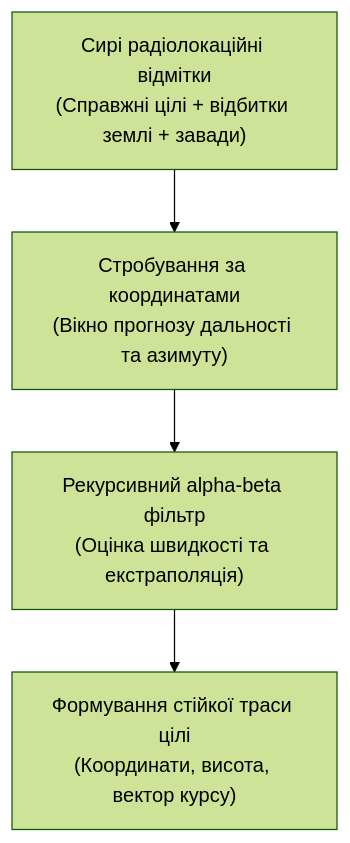
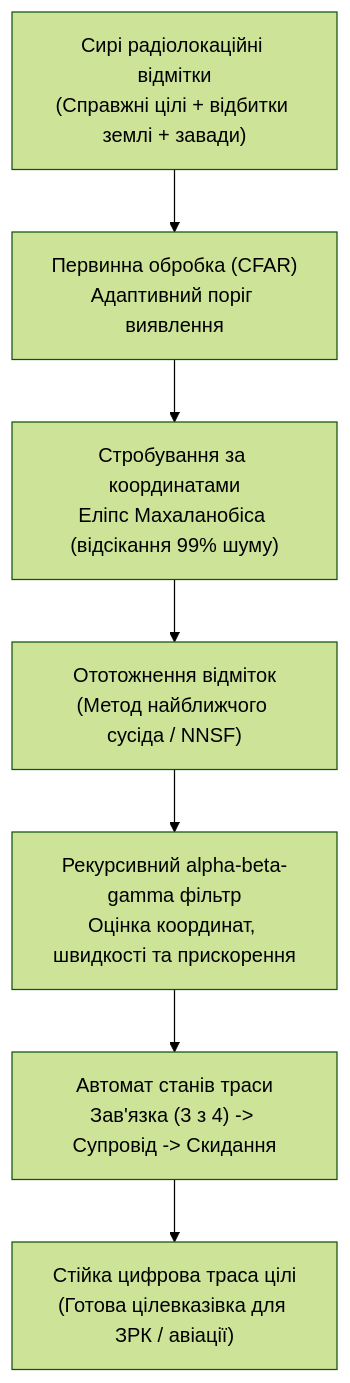
One commit to nick-fedchik/articles changed the second of 5 diagrams in MilTech/Ukrainian-Military-Cybernetics-School-UA.md. Above: the diagram before and after it, drawn with Mermaid (forest theme). The commit also changed other lines of this file, not shown here.

Commit message:
feat(miltech): expand section 2 on radar strobing, alpha-beta-gamma filtering, and track lifecycle algorithms

````diff
--- a/MilTech/Ukrainian-Military-Cybernetics-School-UA.md
+++ b/MilTech/Ukrainian-Military-Cybernetics-School-UA.md
@@ -55,6 +55,9 @@
 ```mermaid
 graph TD
-    RawHits["Сирі радіолокаційні відмітки\n(Справжні цілі + відбитки землі + завади)"] --> Strobe["Стробування за координатами\n(Вікно прогнозу дальності та азимуту)"]
-    Strobe --> Filter["Рекурсивний alpha-beta фільтр\n(Оцінка швидкості та екстраполяція)"]
-    Filter --> Track["Формування стійкої траси цілі\n(Координати, висота, вектор курсу)"]
+    RawHits["Сирі радіолокаційні відмітки\n(Справжні цілі + відбитки землі + завади)"] --> CFAR["Первинна обробка (CFAR)\nАдаптивний поріг виявлення"]
+    CFAR --> Strobe["Стробування за координатами\nЕліпс Махаланобіса (відсікання 99% шуму)"]
+    Strobe --> DataAssoc["Ототожнення відміток\n(Метод найближчого сусіда / NNSF)"]
+    DataAssoc --> Filter["Рекурсивний alpha-beta-gamma фільтр\nОцінка координат, швидкості та прискорення"]
+    Filter --> StateMachine["Автомат станів траси\nЗав'язка (3 з 4) -> Супровід -> Скидання"]
+    StateMachine --> Track["Стійка цифрова траса цілі\n(Готова цілевказівка для ЗРК / авіації)"]
 ```
````
